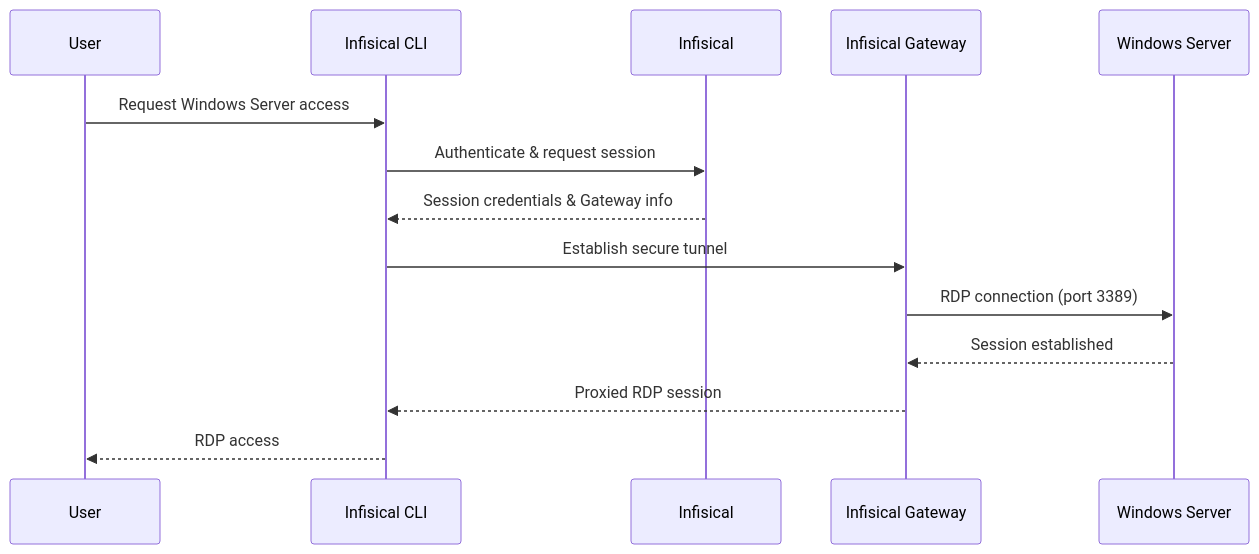
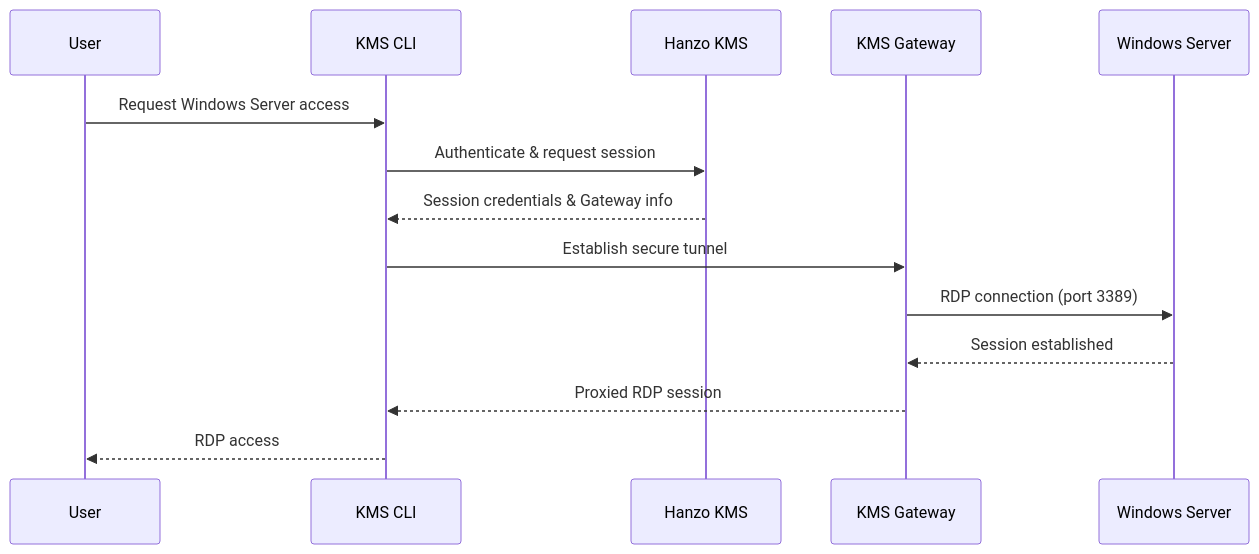
Before and after one commit to hanzoai/kms: the diagram in docs/documentation/platform/pam/getting-started/resources/windows-server.mdx, drawn with Mermaid. The commit also changed other lines of this file and 927 other files, not shown here.

First line of the commit message:
feat: complete Hanzo KMS rebranding across upstream merge

````diff
--- a/docs/documentation/platform/pam/getting-started/resources/windows-server.mdx
+++ b/docs/documentation/platform/pam/getting-started/resources/windows-server.mdx
@@ -14,17 +14,17 @@
 ```mermaid
 sequenceDiagram
     participant User
-    participant CLI as Infisical CLI
-    participant Infisical
-    participant Gateway as Infisical Gateway
+    participant CLI as KMS CLI
+    participant Hanzo KMS
+    participant Gateway as KMS Gateway
     participant Windows as Windows Server
 
     User->>CLI: Request Windows Server access
-    CLI->>Infisical: Authenticate & request session
-    Infisical-->>CLI: Session credentials & Gateway info
+    CLI->>Hanzo KMS: Authenticate & request session
+    Hanzo KMS-->>CLI: Session credentials & Gateway info
     CLI->>Gateway: Establish secure tunnel
     Gateway->>Windows: RDP connection (port 3389)
     Windows-->>Gateway: Session established
     Gateway-->>CLI: Proxied RDP session
     CLI-->>User: RDP access
 ```
````
